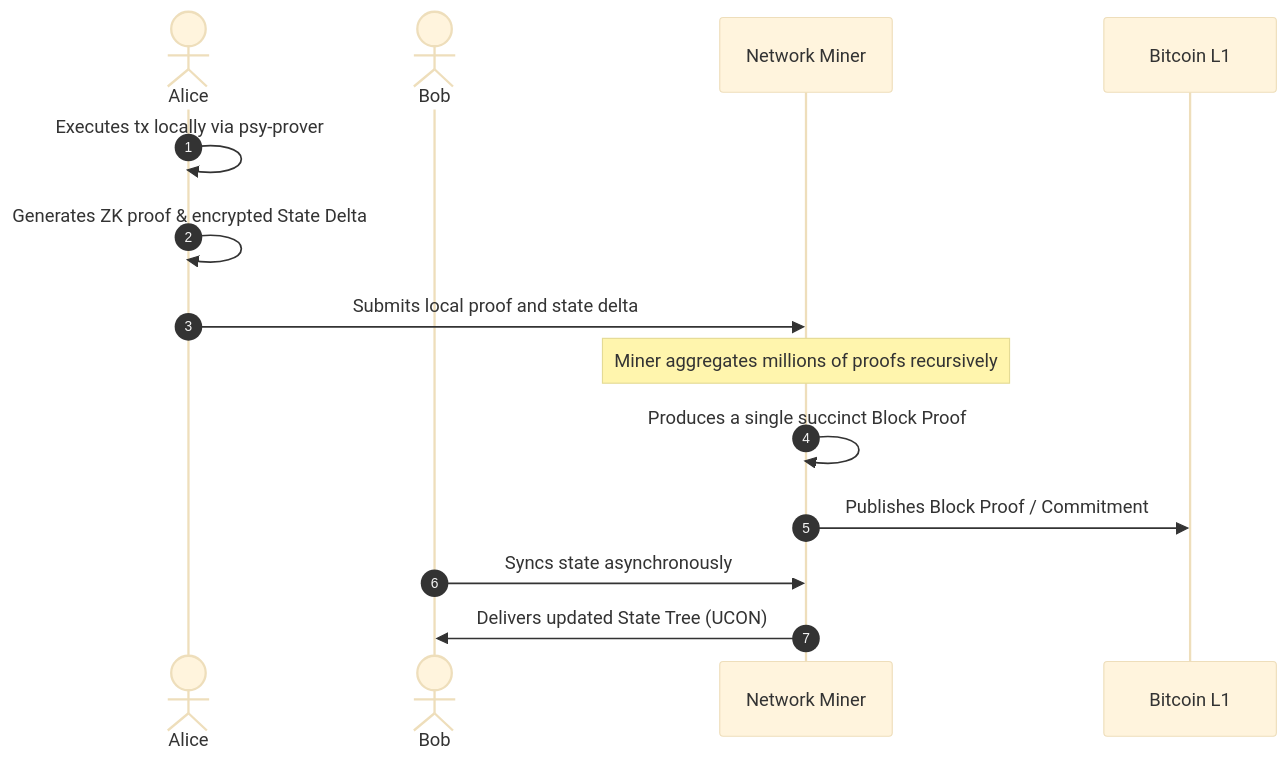
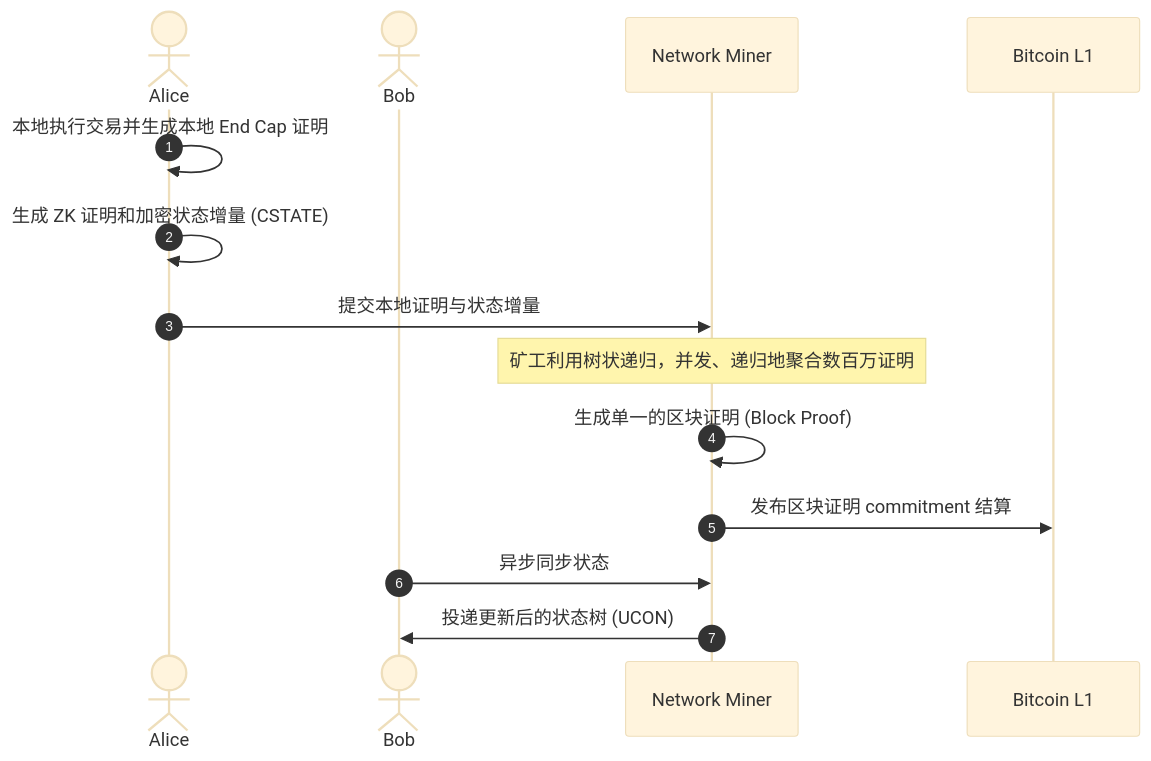
Before and after one commit to yrong/blog: the diagram in content/post/2026-06-15-psy-protocol-investigation-report.md, drawn with Mermaid (base theme). The commit also changed other lines of this file, not shown here.

Commit message:
Polish Psy

````diff
--- a/content/post/2026-06-15-psy-protocol-investigation-report.md
+++ b/content/post/2026-06-15-psy-protocol-investigation-report.md
@@ -65,17 +96,17 @@
 ```mermaid
 sequenceDiagram
     autonumber
     actor Alice
     actor Bob
     participant Miner as Network Miner
     participant L1 as Bitcoin L1
 
-    Alice->>Alice: Executes tx locally via psy-prover
-    Alice->>Alice: Generates ZK proof & encrypted State Delta
-    Alice->>Miner: Submits local proof and state delta
-    Note over Miner: Miner aggregates millions of proofs recursively
-    Miner->>Miner: Produces a single succinct Block Proof
-    Miner->>L1: Publishes Block Proof / Commitment
-    Bob->>Miner: Syncs state asynchronously
-    Miner->>Bob: Delivers updated State Tree (UCON)
+    Alice->>Alice: 本地执行交易并生成本地 End Cap 证明
+    Alice->>Alice: 生成 ZK 证明和加密状态增量 (CSTATE)
+    Alice->>Miner: 提交本地证明与状态增量
+    Note over Miner: 矿工利用树状递归，并发、递归地聚合数百万证明
+    Miner->>Miner: 生成单一的区块证明 (Block Proof)
+    Miner->>L1: 发布区块证明 commitment 结算
+    Bob->>Miner: 异步同步状态
+    Miner->>Bob: 投递更新后的状态树 (UCON)
 ```
````
